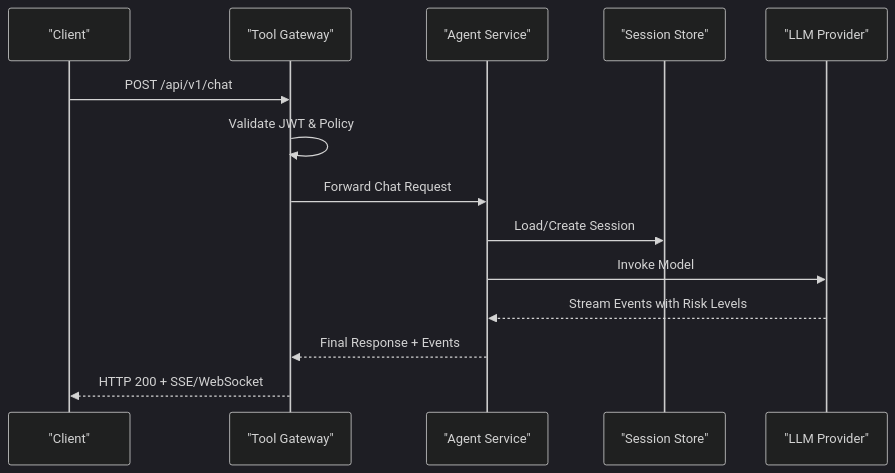
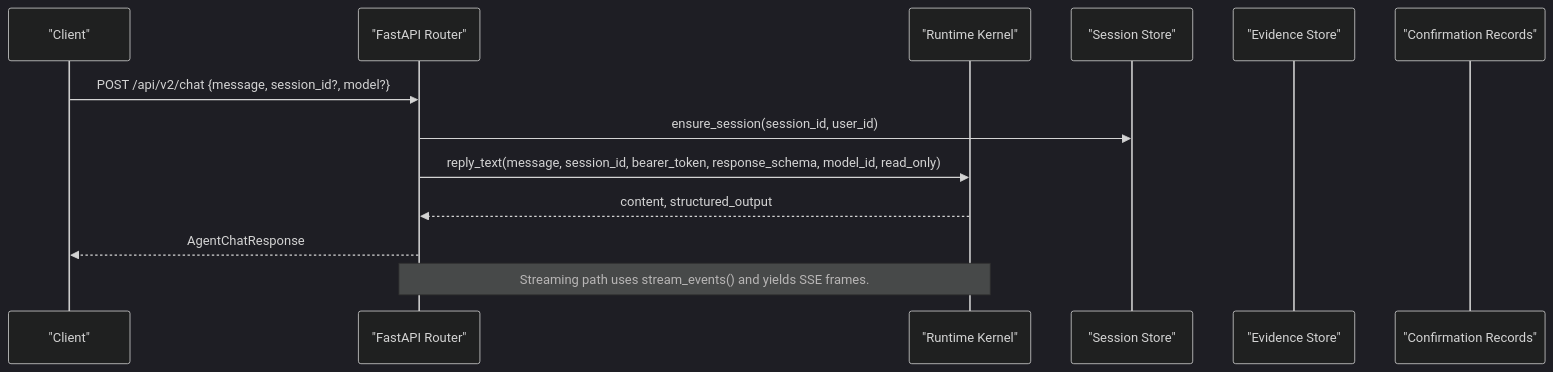
One commit to metasync/luban-aiops changed the second of 3 diagrams in .qoder/repowiki/en/content/API Reference/Agent Platform API/Agent Platform API.md. Above: the diagram before and after it, drawn with Mermaid (dark theme). The commit also changed other lines of this file and 843 other files, not shown here.

````diff
--- a/.qoder/repowiki/en/content/API Reference/Agent Platform API/Agent Platform API.md
+++ b/.qoder/repowiki/en/content/API Reference/Agent Platform API/Agent Platform API.md
@@ -101,16 +93,15 @@
 ```mermaid
 sequenceDiagram
-participant Client as "Client"
-participant Gateway as "Tool Gateway"
-participant AgentSvc as "Agent Service"
-participant Session as "Session Store"
-participant Provider as "LLM Provider"
-Client->>Gateway : POST /api/v1/chat
-Gateway->>Gateway : Validate JWT & Policy
-Gateway->>AgentSvc : Forward Chat Request
-AgentSvc->>Session : Load/Create Session
-AgentSvc->>Provider : Invoke Model
-Provider-->>AgentSvc : Stream Events with Risk Levels
-AgentSvc-->>Gateway : Final Response + Events
-Gateway-->>Client : HTTP 200 + SSE/WebSocket
+participant C as "Client"
+participant R as "FastAPI Router"
+participant K as "Runtime Kernel"
+participant SS as "Session Store"
+participant ES as "Evidence Store"
+participant CR as "Confirmation Records"
+C->>R : POST /api/v2/chat {message, session_id?, model?}
+R->>SS : ensure_session(session_id, user_id)
+R->>K : reply_text(message, session_id, bearer_token, response_schema, model_id, read_only)
+K-->>R : content, structured_output
+R-->>C : AgentChatResponse
+Note over R,K : Streaming path uses stream_events() and yields SSE frames.
 ```
````
